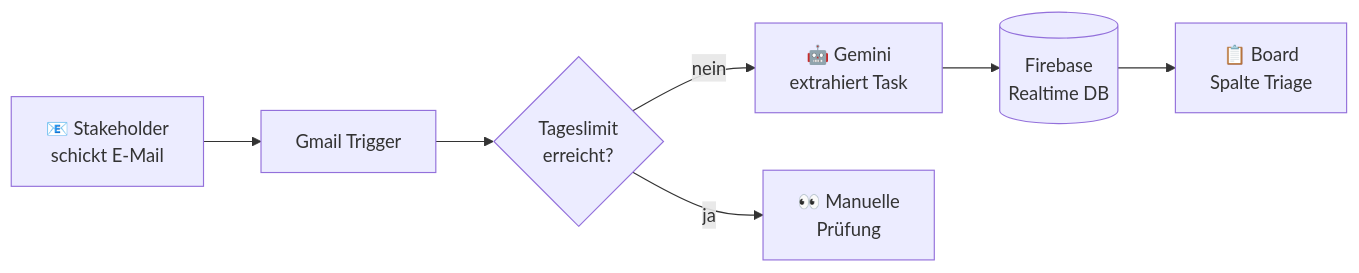
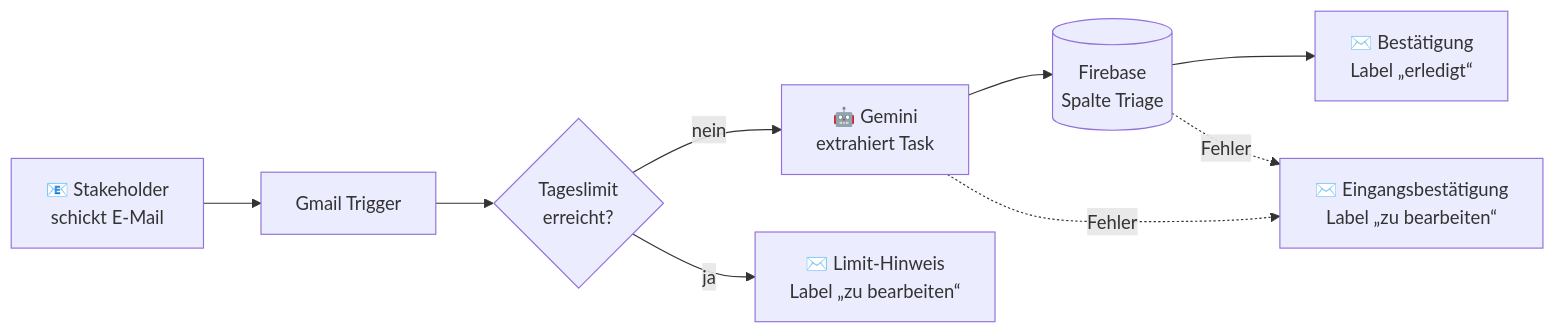
One commit to dfo81/Join_V2_Ai changed the diagram in README.md. Above: the diagram before and after it, drawn with Mermaid. The commit also changed other lines of this file and 12 other files, not shown here.

````diff
--- a/README.md
+++ b/README.md
@@ -40,9 +56,11 @@
 ```mermaid
 flowchart LR
     A[📧 Stakeholder<br/>schickt E-Mail] --> B[Gmail Trigger]
     B --> C{Tageslimit<br/>erreicht?}
     C -- nein --> D[🤖 Gemini<br/>extrahiert Task]
-    D --> E[(Firebase<br/>Realtime DB)]
-    E --> F[📋 Board<br/>Spalte Triage]
-    C -- ja --> G[👀 Manuelle<br/>Prüfung]
+    D --> E[(Firebase<br/>Spalte Triage)]
+    E --> F[✉️ Bestätigung<br/>Label „erledigt“]
+    C -- ja --> G[✉️ Limit-Hinweis<br/>Label „zu bearbeiten“]
+    D -. Fehler .-> H[✉️ Eingangsbestätigung<br/>Label „zu bearbeiten“]
+    E -. Fehler .-> H
 ```
````
